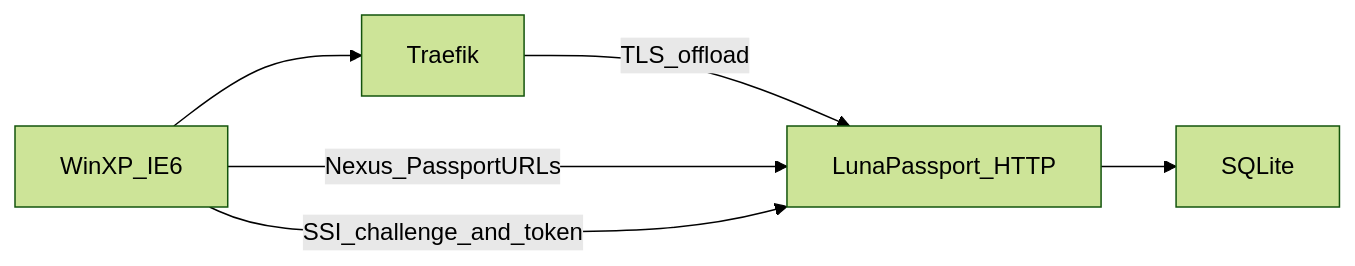
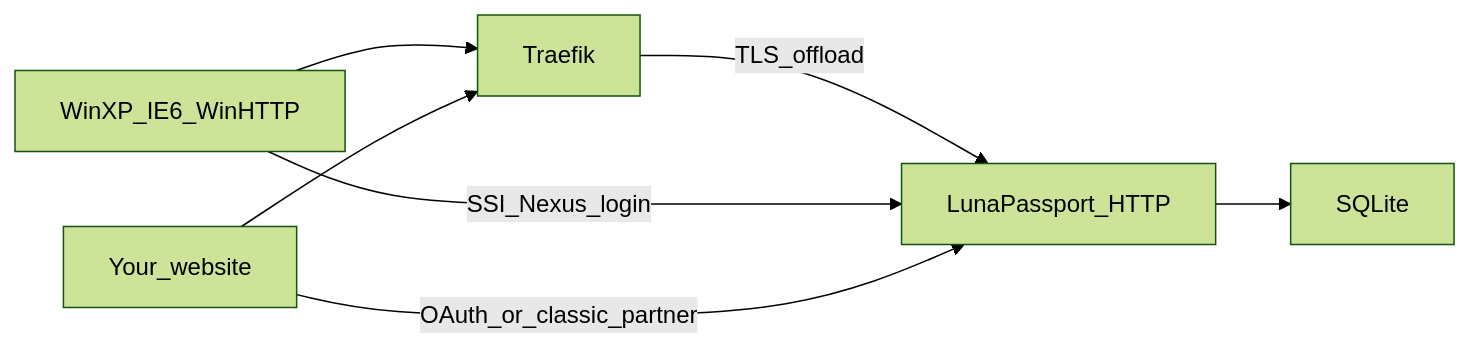
One commit to DanielMTeam/lunapassport changed the diagram in README.md. Above: the diagram before and after it, drawn with Mermaid (forest theme). The commit also changed other lines of this file and 27 other files, not shown here.

````diff
--- a/README.md
+++ b/README.md
@@ -34,8 +55,9 @@
 ```mermaid
 flowchart LR
-  XP[WinXP_IE6] --> Traefik
+  XP[WinXP_IE6_WinHTTP] --> Traefik
+  Site[Your_website] --> Traefik
   Traefik -->|TLS_offload| Luna[LunaPassport_HTTP]
   Luna --> SQLite
-  XP -->|Nexus_PassportURLs| Luna
-  XP -->|SSI_challenge_and_token| Luna
+  XP -->|SSI_Nexus_login| Luna
+  Site -->|OAuth_or_classic_partner| Luna
 ```
````
